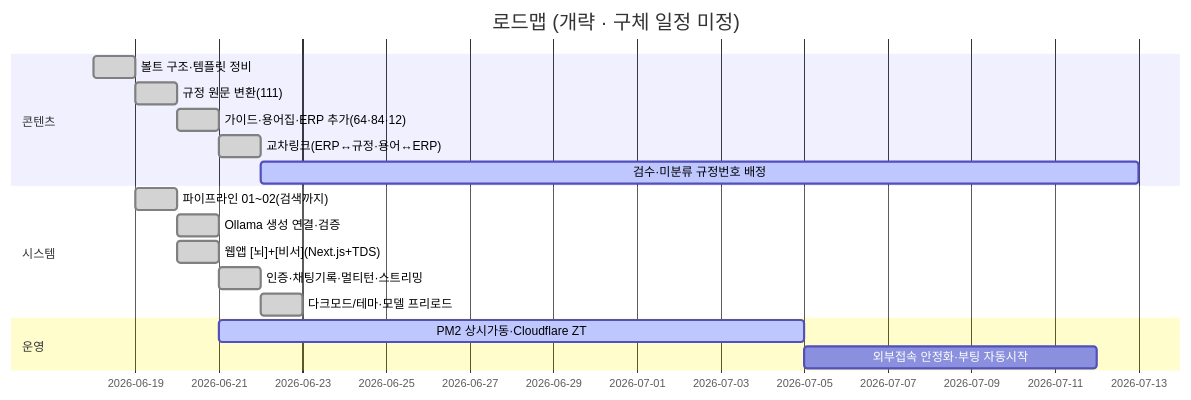
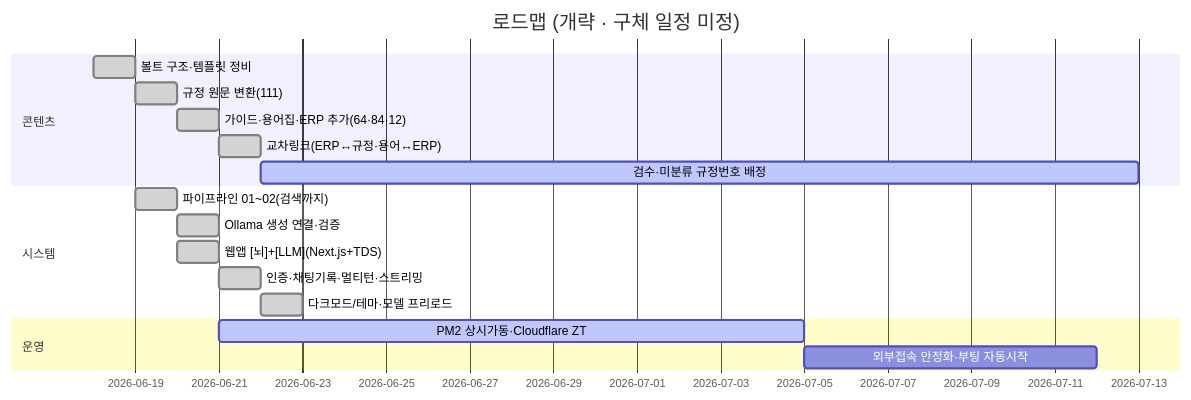
Before and after one commit to mooner92/KEIAdminSuperv: the third of 3 diagrams in README.md, drawn with Mermaid. The commit also changed other lines of this file and 91 other files, not shown here.

````diff
--- a/README.md
+++ b/README.md
@@ -322,20 +322,20 @@
 ```mermaid
 gantt
     title 로드맵 (개략 · 구체 일정 미정)
     dateFormat YYYY-MM-DD
     section 콘텐츠
     볼트 구조·템플릿 정비             :done, a1, 2026-06-18, 1d
     규정 원문 변환(111)               :done, a2, after a1, 1d
     가이드·용어집·ERP 추가(64·84·12)  :done, a3, after a2, 1d
     교차링크(ERP↔규정·용어↔ERP)       :done, a4, after a3, 1d
     검수·미분류 규정번호 배정         :active, a5, after a4, 21d
     section 시스템
     파이프라인 01~02(검색까지)        :done, b1, after a1, 1d
     Ollama 생성 연결·검증             :done, b2, after b1, 1d
-    웹앱 [뇌]+[비서](Next.js+TDS)      :done, b3, after b1, 1d
+    웹앱 [뇌]+[LLM](Next.js+TDS)      :done, b3, after b1, 1d
     인증·채팅기록·멀티턴·스트리밍     :done, b4, after b3, 1d
     다크모드/테마·모델 프리로드       :done, b5, after b4, 1d
     section 운영
     PM2 상시가동·Cloudflare ZT        :active, c1, after b3, 14d
     외부접속 안정화·부팅 자동시작     :         c2, after c1, 7d
 ```
````
